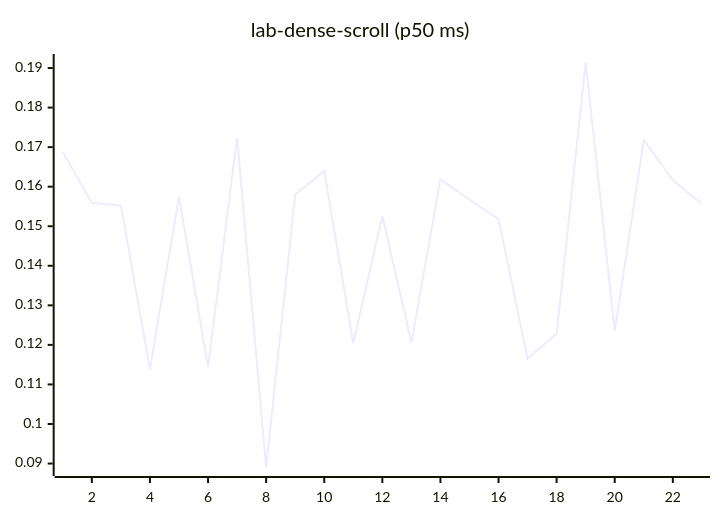
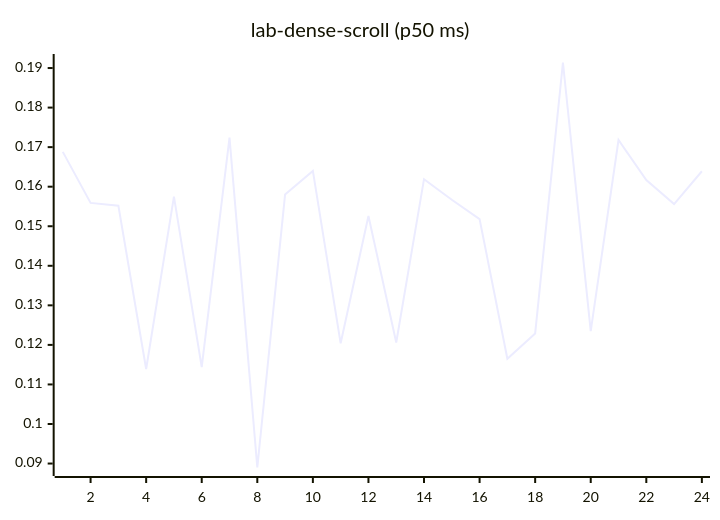
Diagram 12 of 27 in README.md (josha/Facet), drawn with Mermaid before and after one commit. The commit also changed other lines of this file and 2 other files, not shown here.

````diff
--- a/README.md
+++ b/README.md
@@ -140,6 +140,6 @@
 ```mermaid
 xychart-beta
     title "lab-dense-scroll (p50 ms)"
-    x-axis 1 --> 23
-    line [0.1688, 0.1559, 0.1552, 0.1139, 0.1575, 0.1144, 0.1724, 0.0890, 0.1580, 0.1640, 0.1204, 0.1526, 0.1206, 0.1619, 0.1567, 0.1518, 0.1165, 0.1229, 0.1914, 0.1235, 0.1718, 0.1617, 0.1556]
+    x-axis 1 --> 24
+    line [0.1688, 0.1559, 0.1552, 0.1139, 0.1575, 0.1144, 0.1724, 0.0890, 0.1580, 0.1640, 0.1204, 0.1526, 0.1206, 0.1619, 0.1567, 0.1518, 0.1165, 0.1229, 0.1914, 0.1235, 0.1718, 0.1617, 0.1556, 0.1639]
 ```
````
